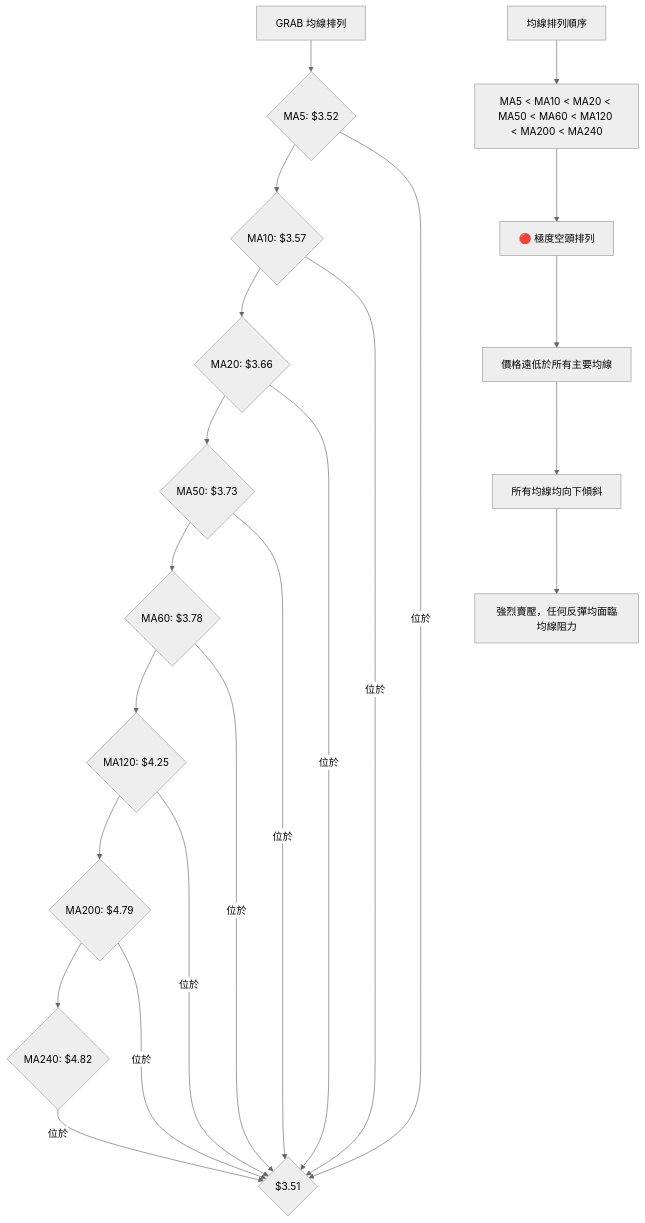
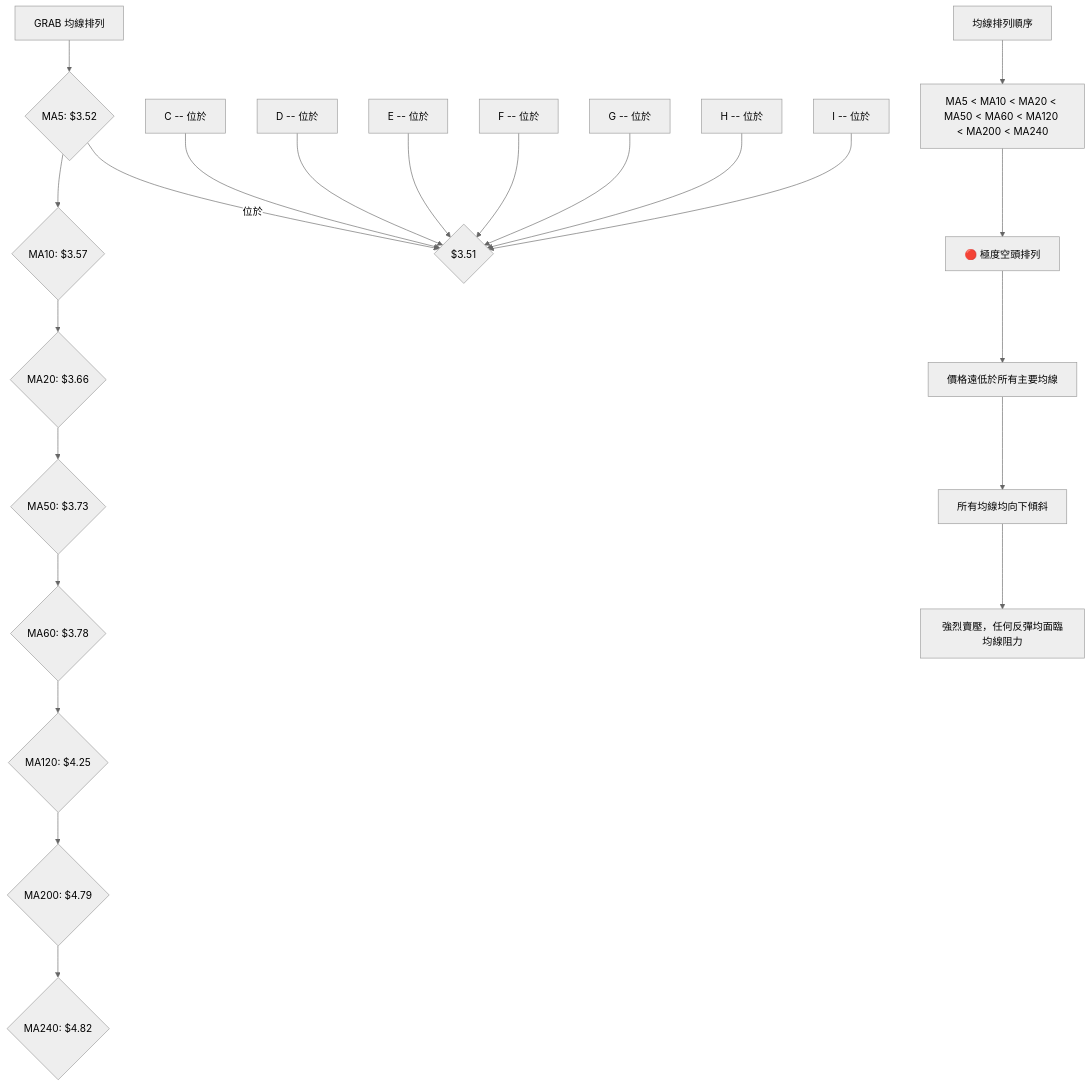
One commit to yennanliu/finance_data changed the sixth of 7 diagrams in ai_gen_report/stock/grab/technical_analysis_2026-05-24_gemini.md. Above: the diagram before and after it, drawn with Mermaid (neutral theme). The commit also changed other lines of this file and 2258 other files, not shown here.

First line of the commit message:
chore: backfill Mermaid syntax repair across existing reports

````diff
--- a/ai_gen_report/stock/grab/technical_analysis_2026-05-24_gemini.md
+++ b/ai_gen_report/stock/grab/technical_analysis_2026-05-24_gemini.md
@@ -486,26 +486,26 @@
 ```mermaid
 graph TD
-    A[GRAB 均線排列] --> B{MA5: $3.52}
-    B --> C{MA10: $3.57}
-    C --> D{MA20: $3.66}
-    D --> E{MA50: $3.73}
-    E --> F{MA60: $3.78}
-    F --> G{MA120: $4.25}
-    G --> H{MA200: $4.79}
-    H --> I{MA240: $4.82}
+    A["GRAB 均線排列"] --> B{"MA5: $3.52"}
+    B --> C{"MA10: $3.57"}
+    C --> D{"MA20: $3.66"}
+    D --> E{"MA50: $3.73"}
+    E --> F{"MA60: $3.78"}
+    F --> G{"MA120: $4.25"}
+    G --> H{"MA200: $4.79"}
+    H --> I{"MA240: $4.82"}
 
-    B -- 位於 --> 現價{$3.51}
-    C -- 位於 --> 現價
-    D -- 位於 --> 現價
-    E -- 位於 --> 現價
-    F -- 位於 --> 現價
-    G -- 位於 --> 現價
-    H -- 位於 --> 現價
-    I -- 位於 --> 現價
+    B -- 位於 --> 現價{"$3.51"}
+    nb1["C -- 位於"] --> 現價
+    nb2["D -- 位於"] --> 現價
+    nb3["E -- 位於"] --> 現價
+    nb4["F -- 位於"] --> 現價
+    nb5["G -- 位於"] --> 現價
+    nb6["H -- 位於"] --> 現價
+    nb7["I -- 位於"] --> 現價
 
-    J[均線排列順序] --> K[MA5 < MA10 < MA20 < MA50 < MA60 < MA120 < MA200 < MA240]
-    K --> L[🔴 極度空頭排列]
-    L --> M[價格遠低於所有主要均線]
-    M --> N[所有均線均向下傾斜]
-    N --> O[強烈賣壓，任何反彈均面臨均線阻力]
+    J["均線排列順序"] --> K["MA5 < MA10 < MA20 < MA50 < MA60 < MA120 < MA200 < MA240"]
+    K --> L["🔴 極度空頭排列"]
+    L --> M["價格遠低於所有主要均線"]
+    M --> N["所有均線均向下傾斜"]
+    N --> O["強烈賣壓，任何反彈均面臨均線阻力"]
 ```
````
